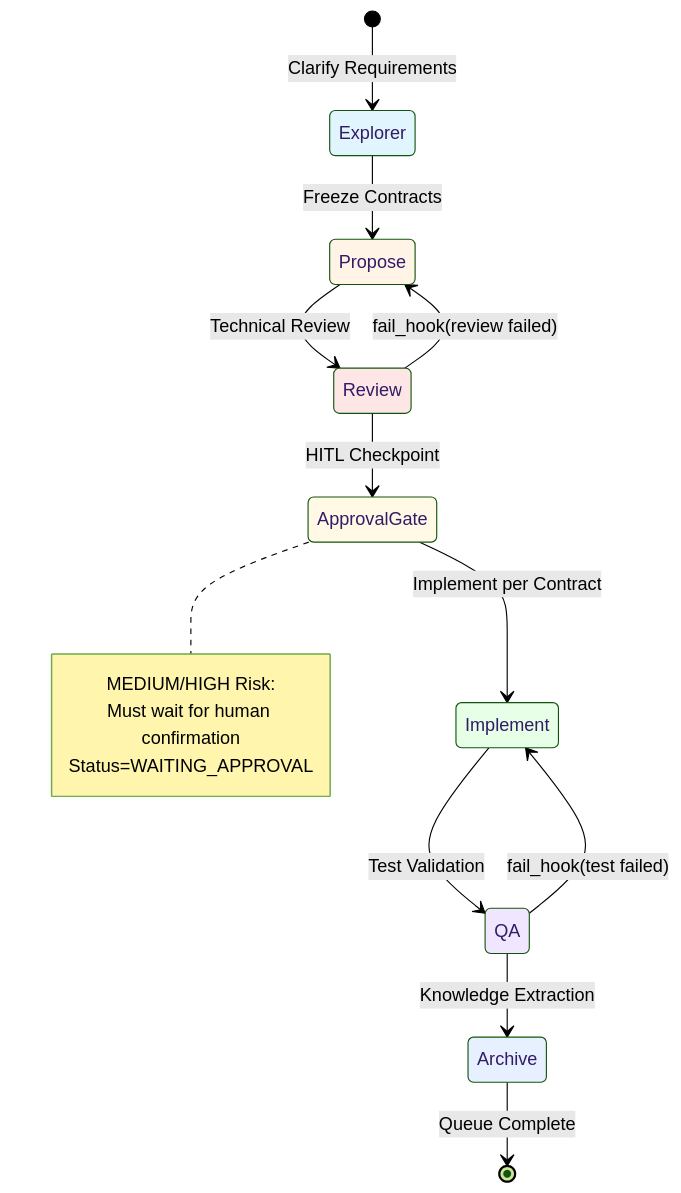
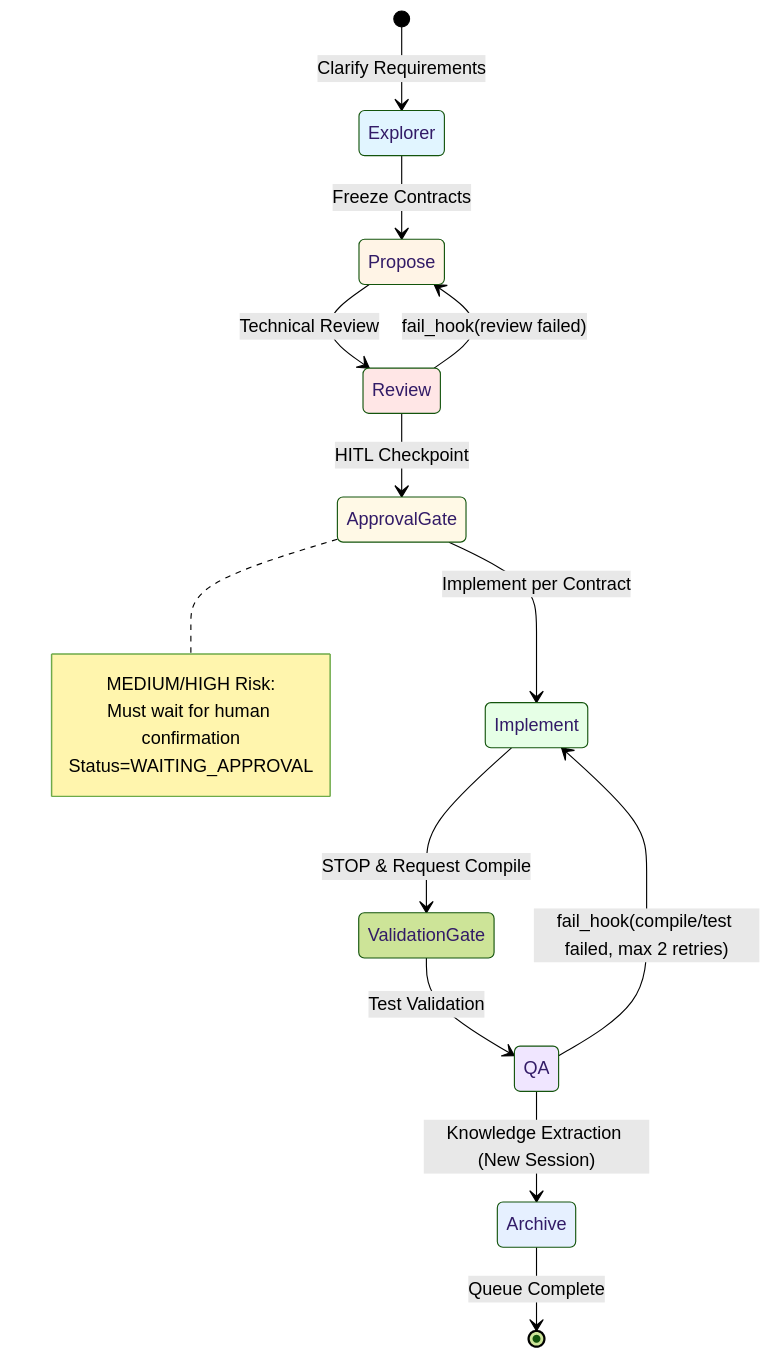
One commit to listener-He/java-harness-agent changed the second of 5 diagrams in README.md. Above: the diagram before and after it, drawn with Mermaid (forest theme). The commit also changed other lines of this file and 12 other files, not shown here.

````diff
--- a/README.md
+++ b/README.md
@@ -270,28 +305,29 @@
 ```mermaid
 stateDiagram-v2
     [*] --> Explorer: Clarify Requirements
     Explorer --> Propose: Freeze Contracts
     Propose --> Review: Technical Review
     Review --> ApprovalGate: HITL Checkpoint
     ApprovalGate --> Implement: Implement per Contract
-    Implement --> QA: Test Validation
-    QA --> Archive: Knowledge Extraction
+    Implement --> ValidationGate: STOP & Request Compile
+    ValidationGate --> QA: Test Validation
+    QA --> Archive: Knowledge Extraction (New Session)
     Archive --> [*]: Queue Complete
     
     Review --> Propose: fail_hook(review failed)
-    QA --> Implement: fail_hook(test failed)
+    QA --> Implement: fail_hook(compile/test failed, max 2 retries)
     
     note right of ApprovalGate
         MEDIUM/HIGH Risk:
         Must wait for human confirmation
         Status=WAITING_APPROVAL
     end note
     
     style Explorer fill:#e1f5ff
     style Propose fill:#fff4e6
     style Review fill:#ffe6e6
     style ApprovalGate fill:#fff9e6
     style Implement fill:#e6ffe6
     style QA fill:#f0e6ff
     style Archive fill:#e6f0ff
 ```
````
